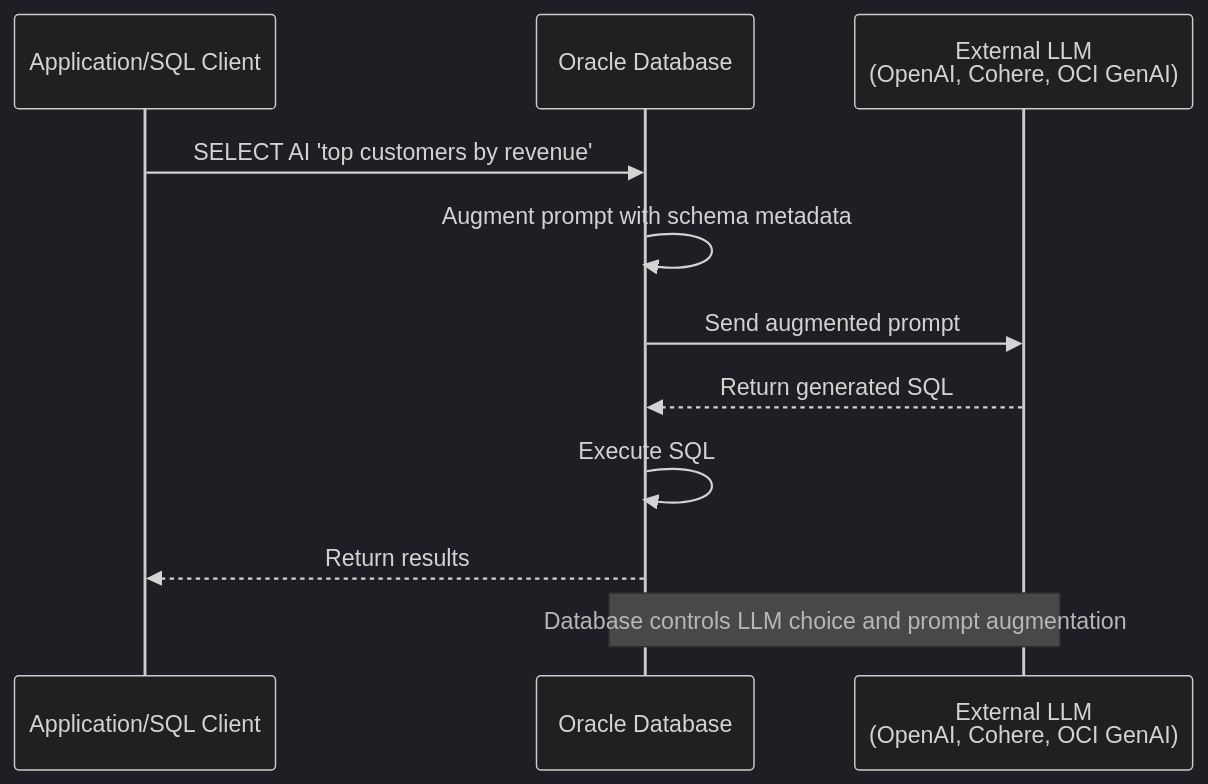
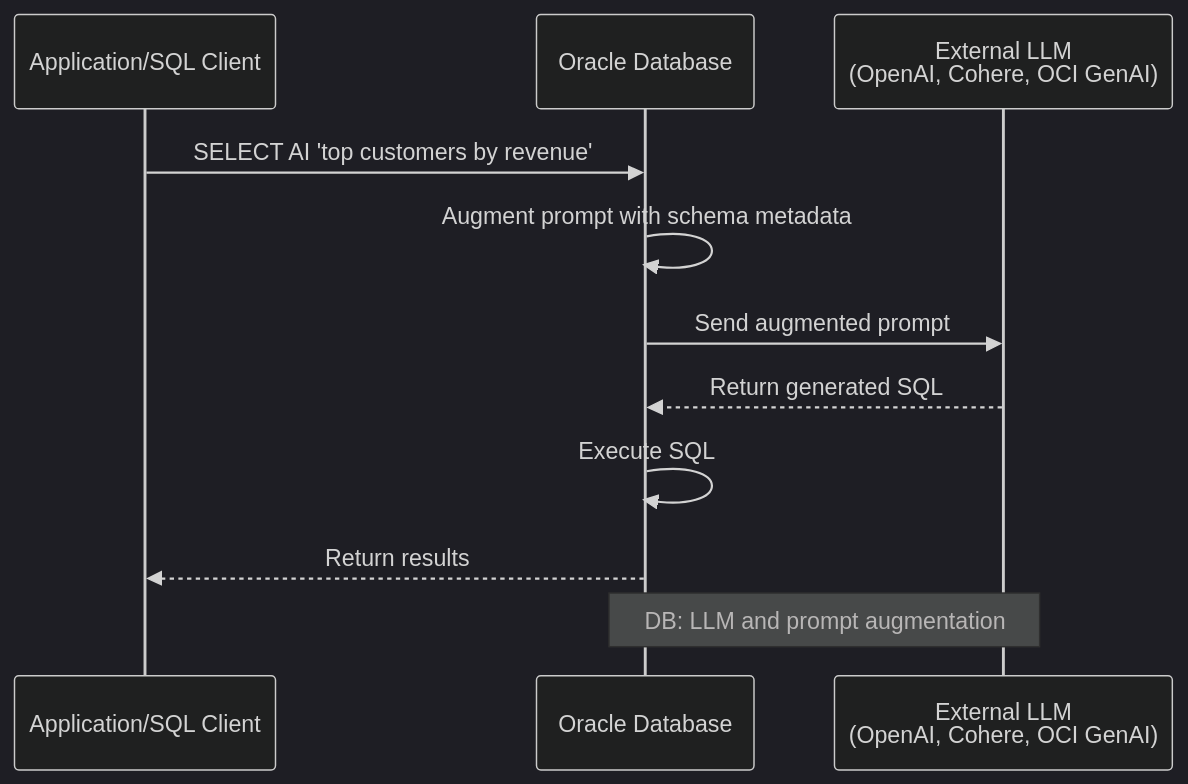
One commit to vmleon/oracle-database-mcp-intro changed the first of 12 diagrams in TECHNICAL_REFERENCE.md. Above: the diagram before and after it, drawn with Mermaid (dark theme). The commit also changed 16 other files, not shown here.

First line of the commit message:
Add project infrastructure and HR schema

````diff
--- a/TECHNICAL_REFERENCE.md
+++ b/TECHNICAL_REFERENCE.md
@@ -64,15 +64,15 @@
 ```mermaid
 sequenceDiagram
     participant App as Application/SQL Client
     participant DB as Oracle Database
     participant LLM as External LLM<br/>(OpenAI, Cohere, OCI GenAI)
 
     App->>DB: SELECT AI 'top customers by revenue'
     DB->>DB: Augment prompt with schema metadata
     DB->>LLM: Send augmented prompt
     LLM-->>DB: Return generated SQL
     DB->>DB: Execute SQL
     DB-->>App: Return results
 
-    Note over DB,LLM: Database controls LLM choice and prompt augmentation
+    Note over DB,LLM: DB: LLM and prompt augmentation
 ```
````
